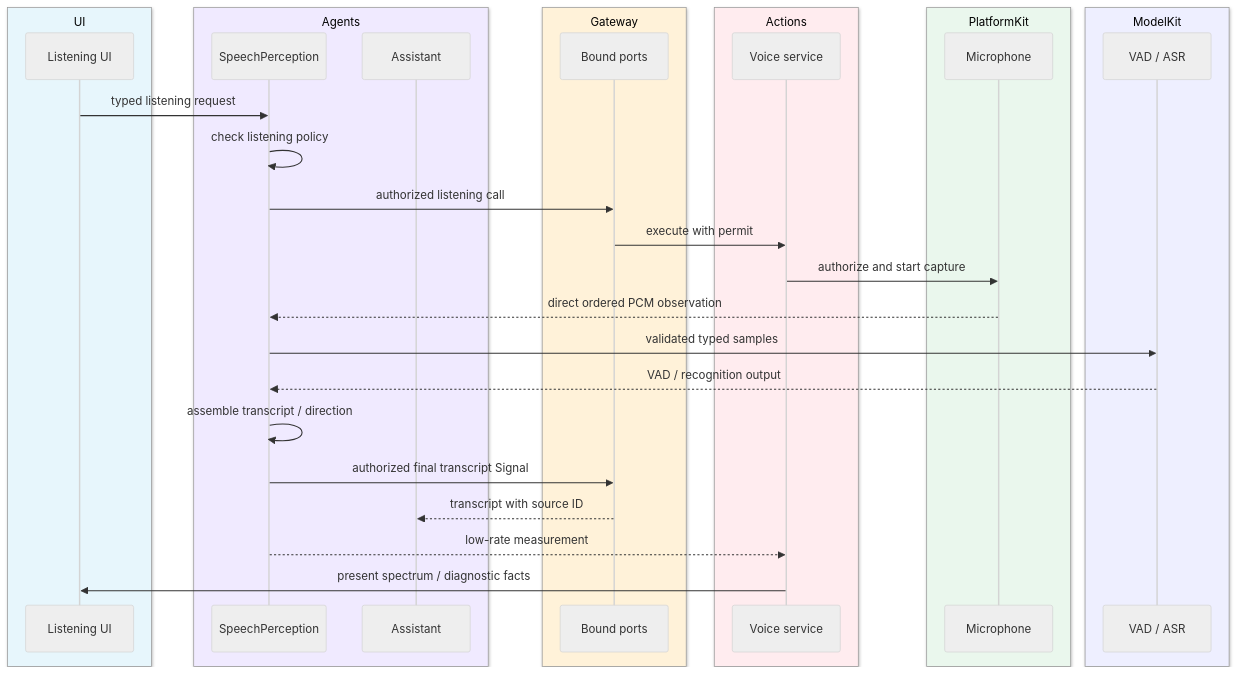
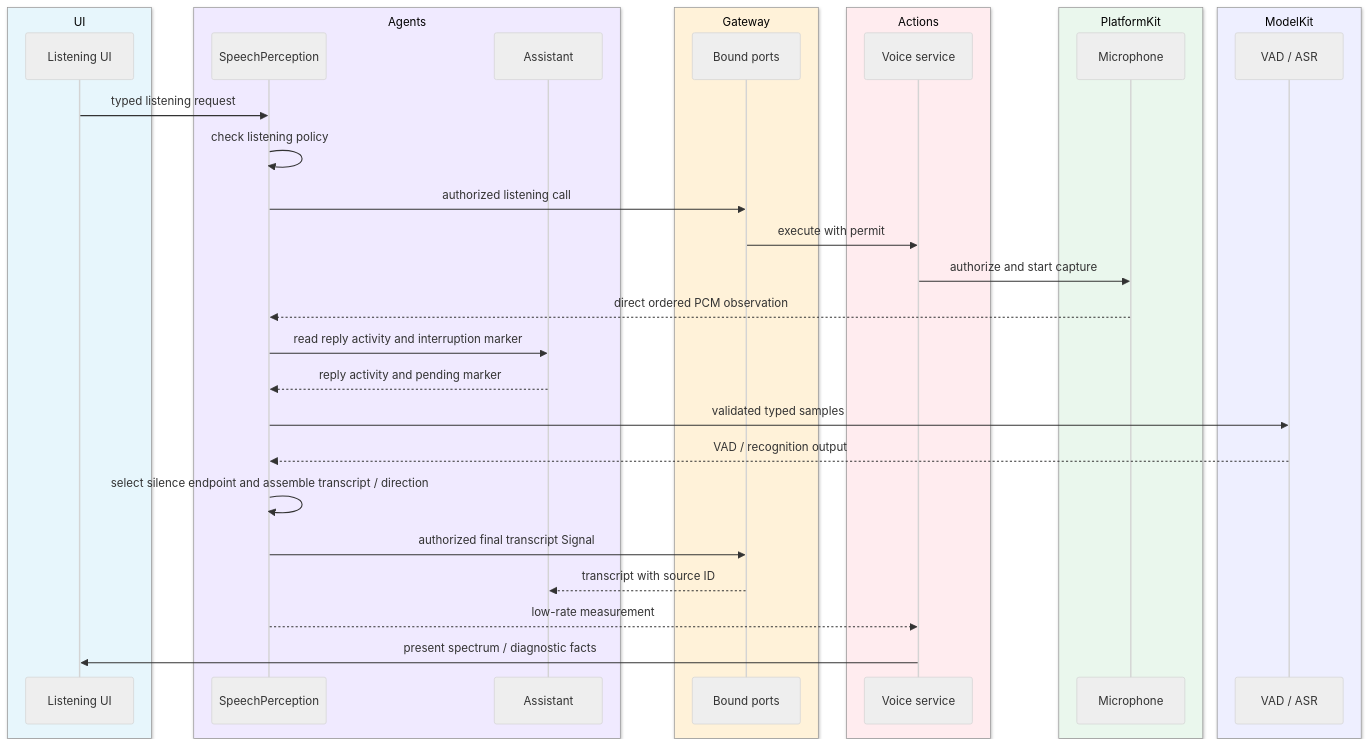
One commit to devilyouwei/MobileHarness changed diagram 16 of 27 in MobileHarness/README.md. Above: the diagram before and after it, drawn with Mermaid (neutral theme). The commit also changed other lines of this file and 81 other files, not shown here.

````diff
--- a/MobileHarness/README.md
+++ b/MobileHarness/README.md
@@ -979,35 +979,37 @@
 ```mermaid
 sequenceDiagram
     box rgb(231,246,252) UI
         participant UI as Listening UI
     end
     box rgb(240,234,255) Agents
         participant S as SpeechPerception
         participant A as Assistant
     end
     box rgb(255,242,217) Gateway
         participant G as Bound ports
     end
     box rgb(255,236,239) Actions
         participant X as Voice service
     end
     box rgb(234,247,237) PlatformKit
         participant P as Microphone
     end
     box rgb(238,239,255) ModelKit
         participant M as VAD / ASR
     end
     UI->>S: typed listening request
     S->>S: check listening policy
     S->>G: authorized listening call
     G->>X: execute with permit
     X->>P: authorize and start capture
     P-->>S: direct ordered PCM observation
+    S->>A: read reply activity and interruption marker
+    A-->>S: reply activity and pending marker
     S->>M: validated typed samples
     M-->>S: VAD / recognition output
-    S->>S: assemble transcript / direction
+    S->>S: select silence endpoint and assemble transcript / direction
     S->>G: authorized final transcript Signal
     G-->>A: transcript with source ID
     S-->>X: low-rate measurement
     X->>UI: present spectrum / diagnostic facts
 ```
````
